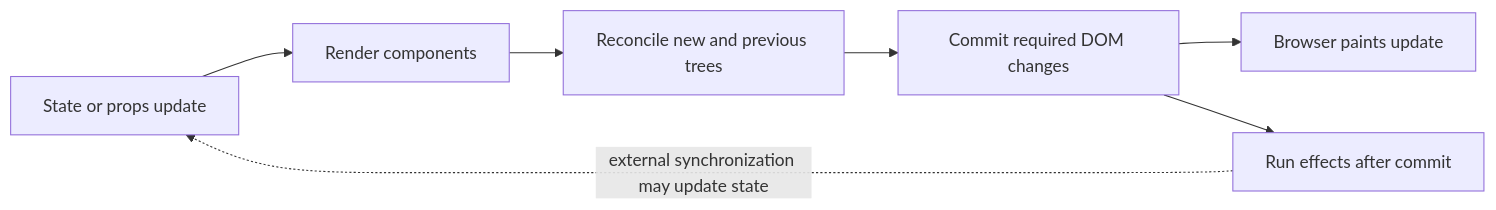
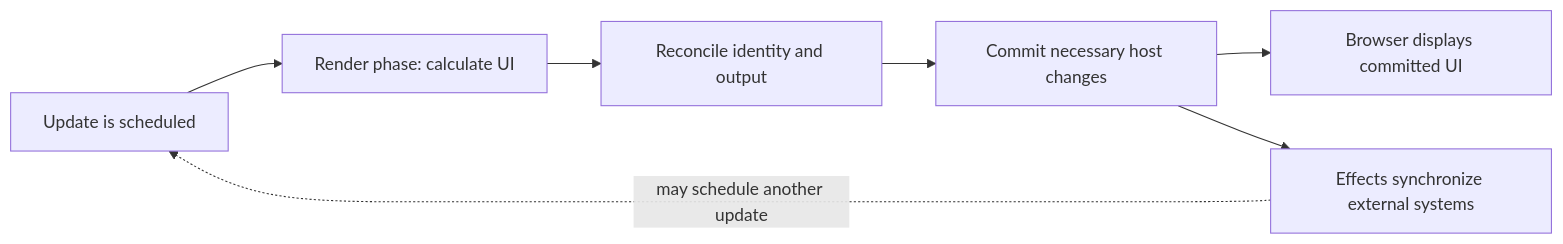
Before and after one commit to nahezsakharkar/interview-prep: the diagram in 03-frontend/react.md, drawn with Mermaid. The commit also changed other lines of this file and 27 other files, not shown here.

````diff
--- a/03-frontend/react.md
+++ b/03-frontend/react.md
@@ -27,9 +42,9 @@
 ```mermaid
 flowchart LR
-  update[State or props update] --> render[Render components]
-  render --> reconcile[Reconcile new and previous trees]
-  reconcile --> commit[Commit required DOM changes]
-  commit --> paint[Browser paints update]
-  commit --> effects[Run effects after commit]
-  effects -. external synchronization may update state .-> update
+    update[Update is scheduled] --> render[Render phase: calculate UI]
+    render --> reconcile[Reconcile identity and output]
+    reconcile --> commit[Commit necessary host changes]
+    commit --> browser[Browser displays committed UI]
+    commit --> effects[Effects synchronize external systems]
+    effects -. may schedule another update .-> update
 ```
````
